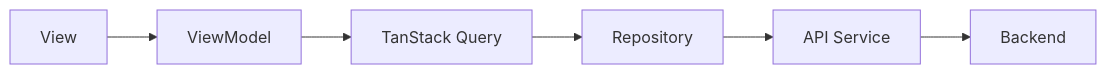
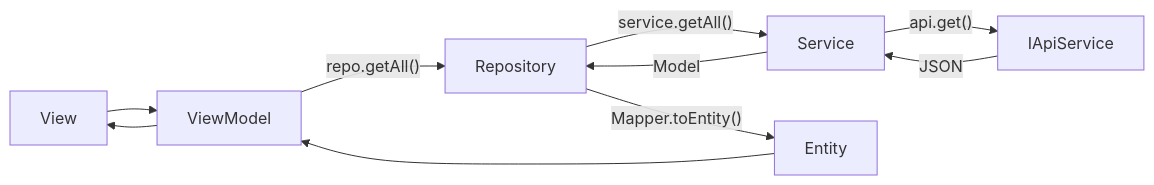
The second of 3 diagrams in .rules/architecture.md (SCRIPE-org/SCRIPE-Frontend), drawn with Mermaid before and after one commit. The commit also changed other lines of this file and 2 other files, not shown here.

Commit message:
docs: Add architectural guidelines for dependency injection patterns, layer boundaries, and overall application structure.

````diff
--- a/.rules/architecture.md
+++ b/.rules/architecture.md
@@ -258,8 +100,12 @@
 ```mermaid
 flowchart LR
     V[View] --> VM[ViewModel]
-    VM --> TQ[TanStack Query]
-    TQ --> R[Repository]
-    R --> API[API Service]
-    API --> BE[Backend]
+    VM --> |"repo.getAll()"| R[Repository]
+    R --> |"service.getAll()"| S[Service]
+    S --> |"api.get()"| API[IApiService]
+    API --> |JSON| S
+    S --> |Model| R
+    R --> |"Mapper.toEntity()"| E[Entity]
+    E --> VM
+    VM --> V
 ```
````
